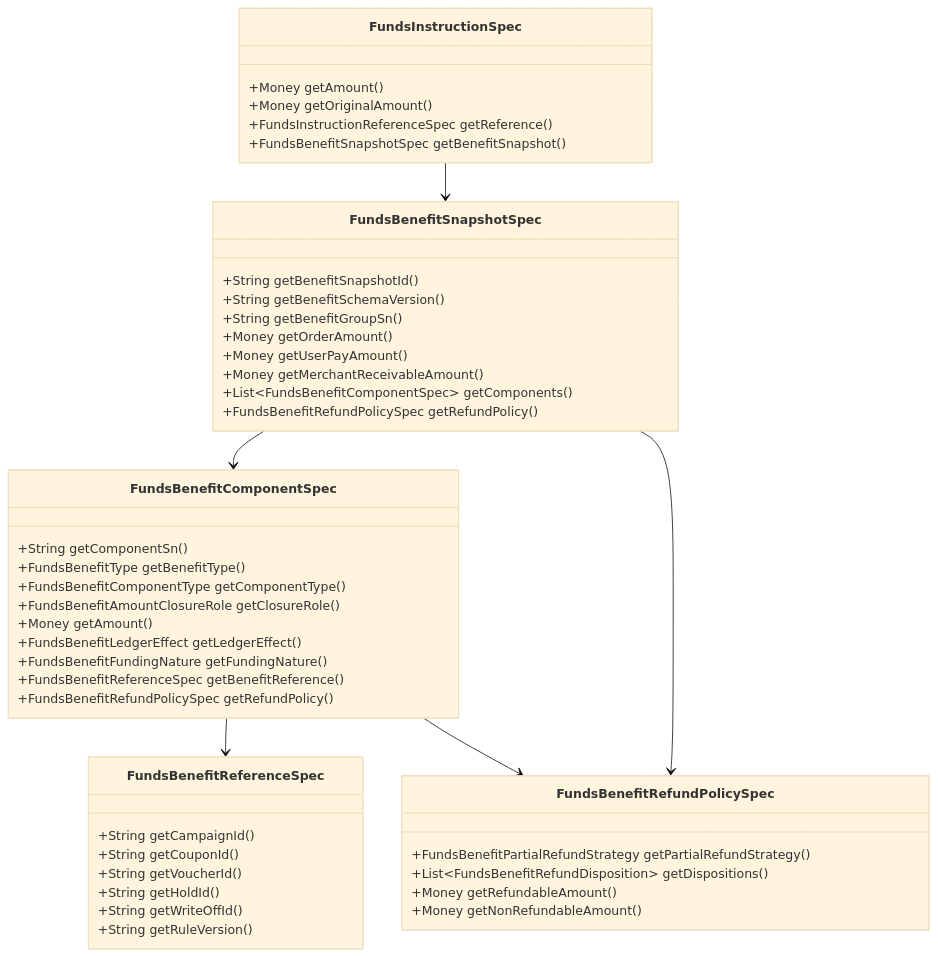
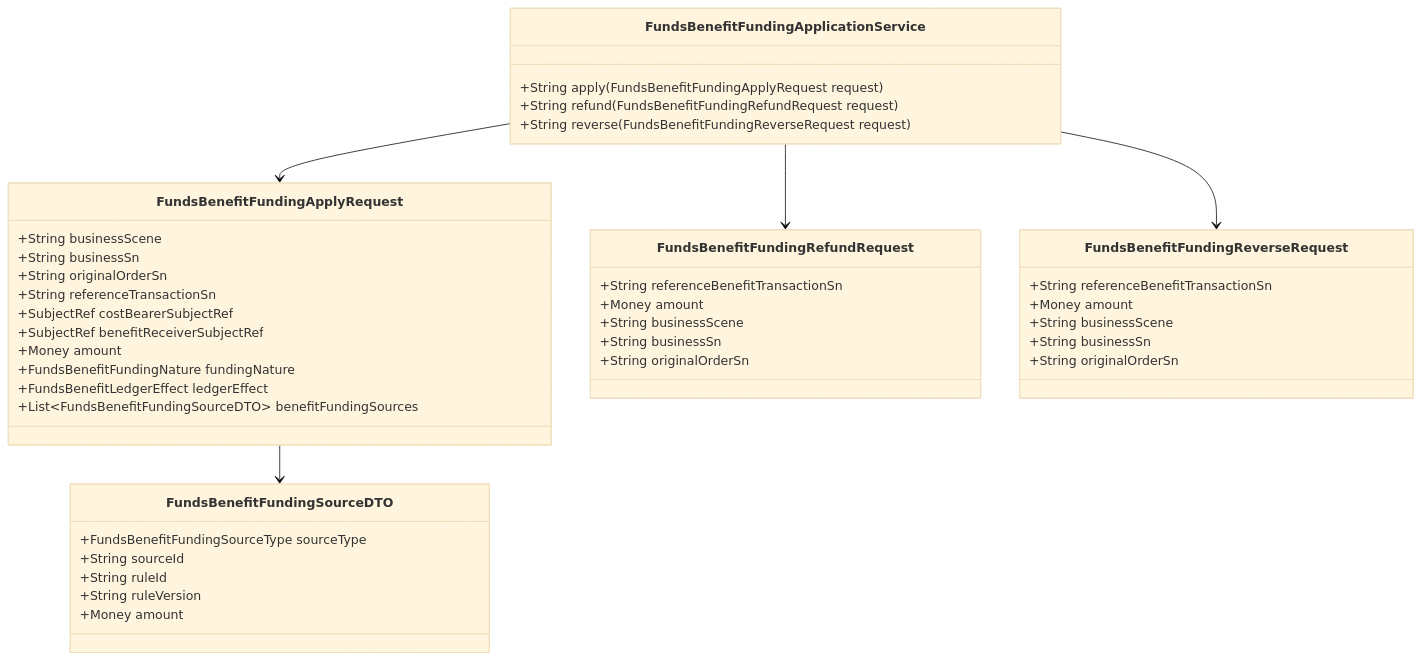
Before and after one commit to fengwuxp/wind-funds: the second of 2 diagrams in docs/DSL设计/支付资金底座DSL承载层设计.md, drawn with Mermaid (base theme). The commit also changed other lines of this file and 124 other files, not shown here.

````diff
--- a/docs/DSL设计/支付资金底座DSL承载层设计.md
+++ b/docs/DSL设计/支付资金底座DSL承载层设计.md
@@ -655,54 +637,50 @@
 ```mermaid
 classDiagram
-    class FundsInstructionSpec {
-      +Money getAmount()
-      +Money getOriginalAmount()
-      +FundsInstructionReferenceSpec getReference()
-      +FundsBenefitSnapshotSpec getBenefitSnapshot()
+    class FundsBenefitFundingApplicationService {
+      +String apply(FundsBenefitFundingApplyRequest request)
+      +String refund(FundsBenefitFundingRefundRequest request)
+      +String reverse(FundsBenefitFundingReverseRequest request)
     }
 
-    class FundsBenefitSnapshotSpec {
-      +String getBenefitSnapshotId()
-      +String getBenefitSchemaVersion()
-      +String getBenefitGroupSn()
-      +Money getOrderAmount()
-      +Money getUserPayAmount()
-      +Money getMerchantReceivableAmount()
-      +List~FundsBenefitComponentSpec~ getComponents()
-      +FundsBenefitRefundPolicySpec getRefundPolicy()
+    class FundsBenefitFundingApplyRequest {
+      +String businessScene
+      +String businessSn
+      +String originalOrderSn
+      +String referenceTransactionSn
+      +SubjectRef costBearerSubjectRef
+      +SubjectRef benefitReceiverSubjectRef
+      +Money amount
+      +FundsBenefitFundingNature fundingNature
+      +FundsBenefitLedgerEffect ledgerEffect
+      +List~FundsBenefitFundingSourceDTO~ benefitFundingSources
     }
 
-    class FundsBenefitComponentSpec {
-      +String getComponentSn()
-      +FundsBenefitType getBenefitType()
-      +FundsBenefitComponentType getComponentType()
-      +FundsBenefitAmountClosureRole getClosureRole()
-      +Money getAmount()
-      +FundsBenefitLedgerEffect getLedgerEffect()
-      +FundsBenefitFundingNature getFundingNature()
-      +FundsBenefitReferenceSpec getBenefitReference()
-      +FundsBenefitRefundPolicySpec getRefundPolicy()
+    class FundsBenefitFundingRefundRequest {
+      +String referenceBenefitTransactionSn
+      +Money amount
+      +String businessScene
+      +String businessSn
+      +String originalOrderSn
     }
 
-    class FundsBenefitReferenceSpec {
-      +String getCampaignId()
-      +String getCouponId()
-      +String getVoucherId()
-      +String getHoldId()
-      +String getWriteOffId()
-      +String getRuleVersion()
+    class FundsBenefitFundingReverseRequest {
+      +String referenceBenefitTransactionSn
+      +Money amount
+      +String businessScene
+      +String businessSn
+      +String originalOrderSn
     }
 
-    class FundsBenefitRefundPolicySpec {
-      +FundsBenefitPartialRefundStrategy getPartialRefundStrategy()
-      +List~FundsBenefitRefundDisposition~ getDispositions()
-      +Money getRefundableAmount()
-      +Money getNonRefundableAmount()
+    class FundsBenefitFundingSourceDTO {
+      +FundsBenefitFundingSourceType sourceType
+      +String sourceId
+      +String ruleId
+      +String ruleVersion
+      +Money amount
     }
 
-    FundsInstructionSpec --> FundsBenefitSnapshotSpec
-    FundsBenefitSnapshotSpec --> FundsBenefitComponentSpec
-    FundsBenefitSnapshotSpec --> FundsBenefitRefundPolicySpec
-    FundsBenefitComponentSpec --> FundsBenefitReferenceSpec
-    FundsBenefitComponentSpec --> FundsBenefitRefundPolicySpec
+    FundsBenefitFundingApplicationService --> FundsBenefitFundingApplyRequest
+    FundsBenefitFundingApplicationService --> FundsBenefitFundingRefundRequest
+    FundsBenefitFundingApplicationService --> FundsBenefitFundingReverseRequest
+    FundsBenefitFundingApplyRequest --> FundsBenefitFundingSourceDTO
 ```
````
